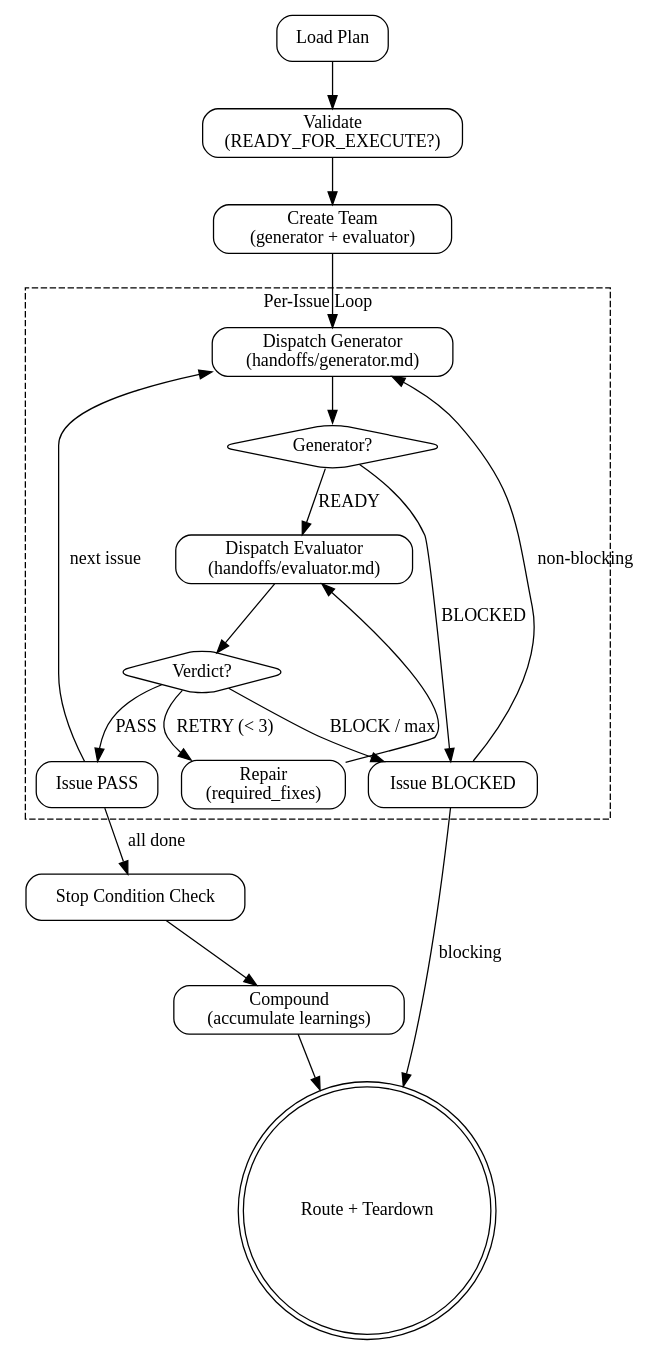
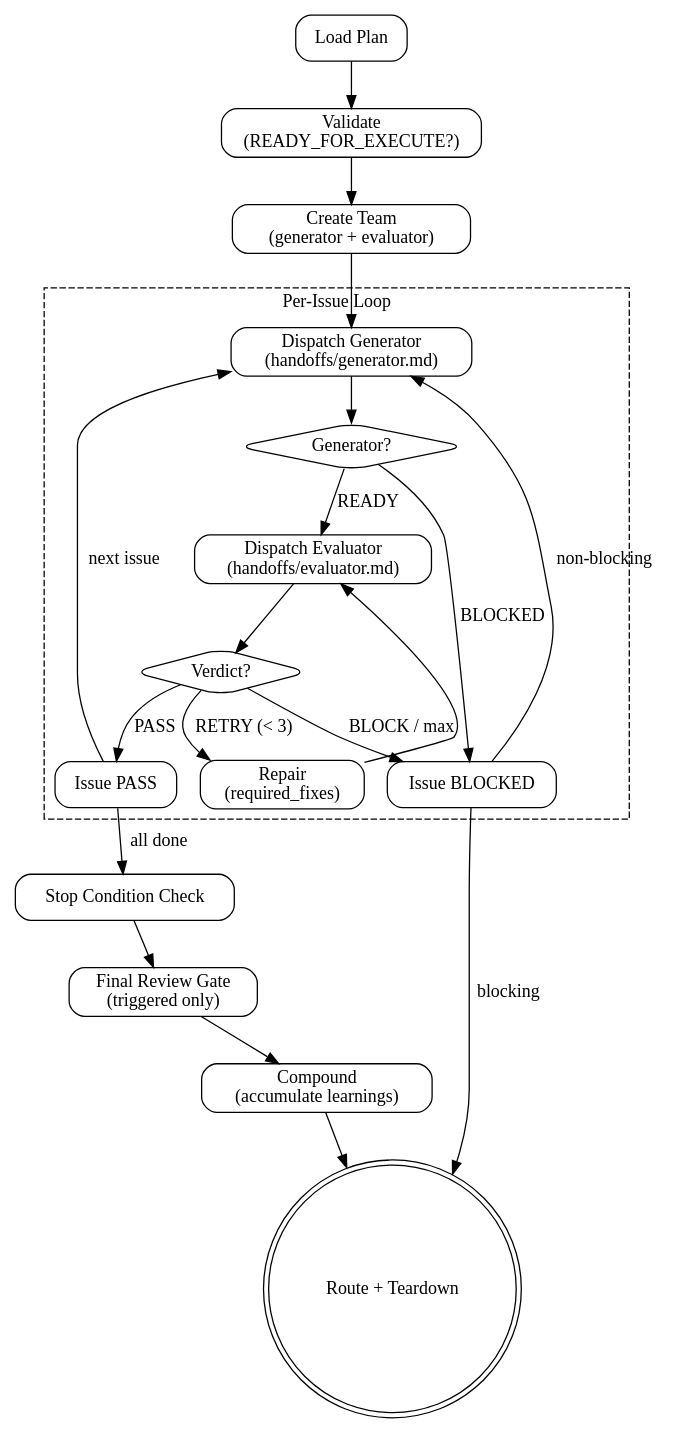
One commit to feng-y/pge changed the diagram in skills/pge-exec/SKILL.md. Above: the diagram before and after it, drawn with Graphviz. The commit also changed other lines of this file and 5 other files, not shown here.

````diff
--- a/skills/pge-exec/SKILL.md
+++ b/skills/pge-exec/SKILL.md
@@ -30,41 +30,42 @@
 ```dot
 digraph pge_exec {
   rankdir=TB;
   node [shape=box, style=rounded];
 
   load_plan [label="Load Plan"];
   validate [label="Validate\n(READY_FOR_EXECUTE?)"];
   create_team [label="Create Team\n(generator + evaluator)"];
 
   subgraph cluster_loop {
     label="Per-Issue Loop";
     style=dashed;
     dispatch_gen [label="Dispatch Generator\n(handoffs/generator.md)"];
     gen_done [label="Generator?", shape=diamond];
     dispatch_eval [label="Dispatch Evaluator\n(handoffs/evaluator.md)"];
     verdict [label="Verdict?", shape=diamond];
     repair [label="Repair\n(required_fixes)"];
     pass [label="Issue PASS"];
     blocked [label="Issue BLOCKED"];
   }
 
   plan_verify [label="Stop Condition Check"];
+  review_gate [label="Final Review Gate\n(triggered only)"];
   compound [label="Compound\n(accumulate learnings)"];
   route [label="Route + Teardown", shape=doublecircle];
 
   load_plan -> validate -> create_team -> dispatch_gen;
   dispatch_gen -> gen_done;
   gen_done -> dispatch_eval [label="READY"];
   gen_done -> blocked [label="BLOCKED"];
   dispatch_eval -> verdict;
   verdict -> pass [label="PASS"];
   verdict -> repair [label="RETRY (< 3)"];
   verdict -> blocked [label="BLOCK / max"];
   repair -> dispatch_eval;
   pass -> dispatch_gen [label="next issue"];
   pass -> plan_verify [label="all done"];
   blocked -> dispatch_gen [label="non-blocking"];
   blocked -> route [label="blocking"];
-  plan_verify -> compound -> route;
+  plan_verify -> review_gate -> compound -> route;
 }
 ```
````
